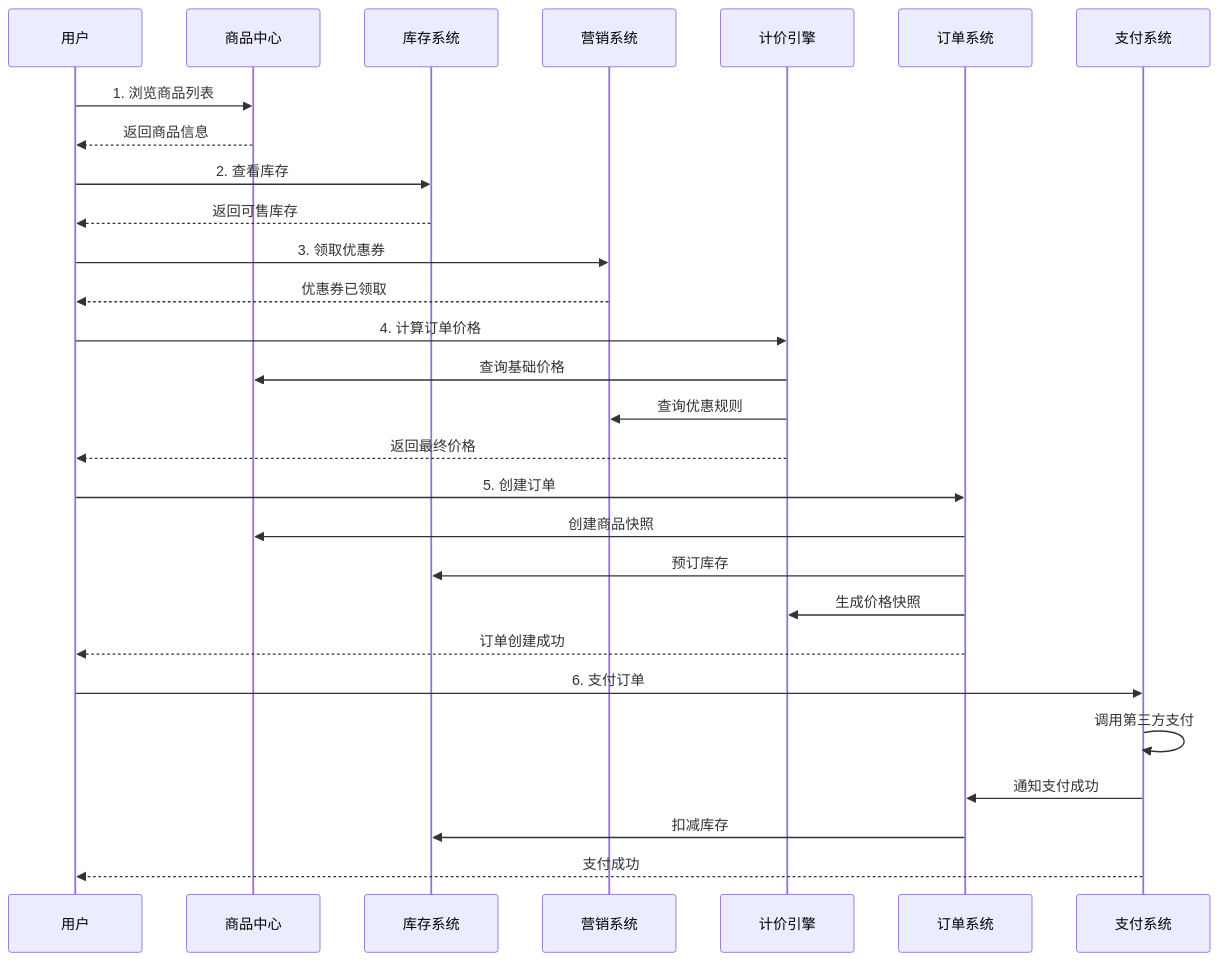
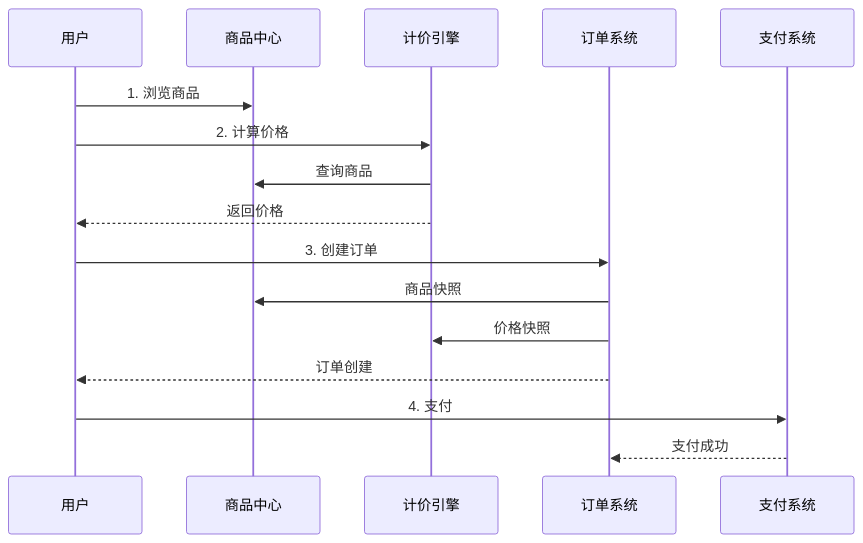
Before and after one commit to wxquare/wxquare.github.io: the third of 6 diagrams in source/_posts/system-design/20-ecommerce-overview.md, drawn with Mermaid. The commit also changed other lines of this file, not shown here.

First line of the commit message:
refactor: 采用EA+4A架构视角重构全景架构图

````diff
--- a/source/_posts/system-design/20-ecommerce-overview.md
+++ b/source/_posts/system-design/20-ecommerce-overview.md
@@ -141,36 +202,21 @@
 ```mermaid
 sequenceDiagram
     participant 用户
     participant 商品中心
-    participant 库存系统
-    participant 营销系统
     participant 计价引擎
     participant 订单系统
     participant 支付系统
 
-    用户->>商品中心: 1. 浏览商品列表
-    商品中心-->>用户: 返回商品信息
+    用户->>商品中心: 1. 浏览商品
+    用户->>计价引擎: 2. 计算价格
+    计价引擎->>商品中心: 查询商品
+    计价引擎-->>用户: 返回价格
     
-    用户->>库存系统: 2. 查看库存
-    库存系统-->>用户: 返回可售库存
+    用户->>订单系统: 3. 创建订单
+    订单系统->>商品中心: 商品快照
+    订单系统->>计价引擎: 价格快照
+    订单系统-->>用户: 订单创建
     
-    用户->>营销系统: 3. 领取优惠券
-    营销系统-->>用户: 优惠券已领取
-    
-    用户->>计价引擎: 4. 计算订单价格
-    计价引擎->>商品中心: 查询基础价格
-    计价引擎->>营销系统: 查询优惠规则
-    计价引擎-->>用户: 返回最终价格
-    
-    用户->>订单系统: 5. 创建订单
-    订单系统->>商品中心: 创建商品快照
-    订单系统->>库存系统: 预订库存
-    订单系统->>计价引擎: 生成价格快照
-    订单系统-->>用户: 订单创建成功
-    
-    用户->>支付系统: 6. 支付订单
-    支付系统->>支付系统: 调用第三方支付
-    支付系统->>订单系统: 通知支付成功
-    订单系统->>库存系统: 扣减库存
-    支付系统-->>用户: 支付成功
+    用户->>支付系统: 4. 支付
+    支付系统-->>订单系统: 支付成功
 ```
````
